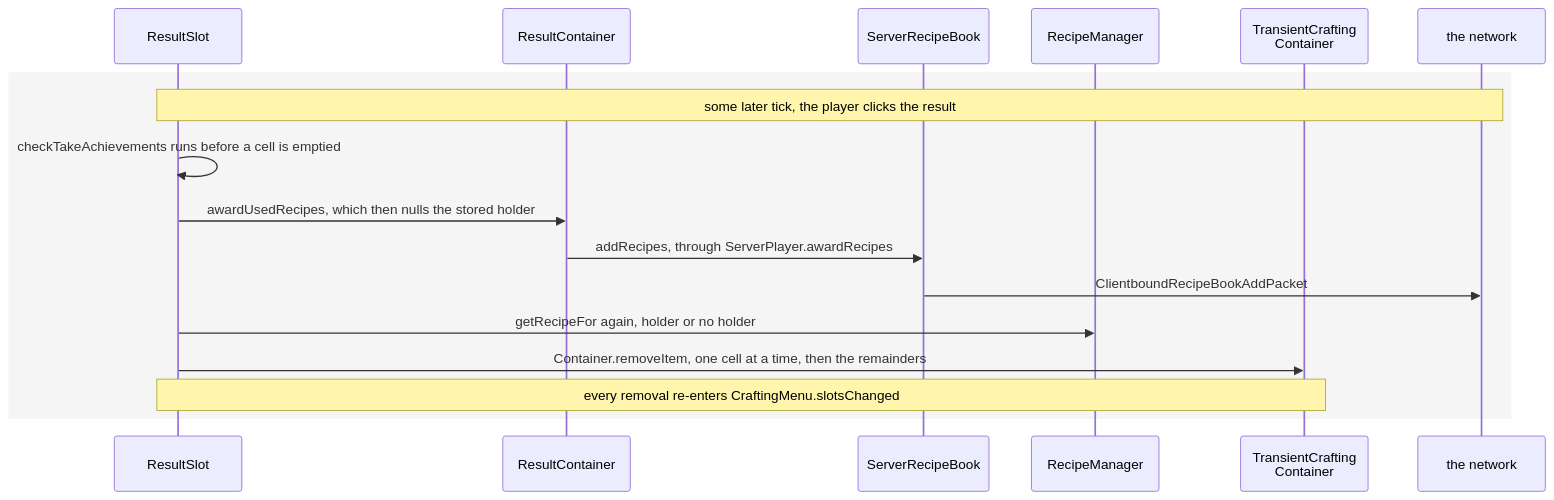
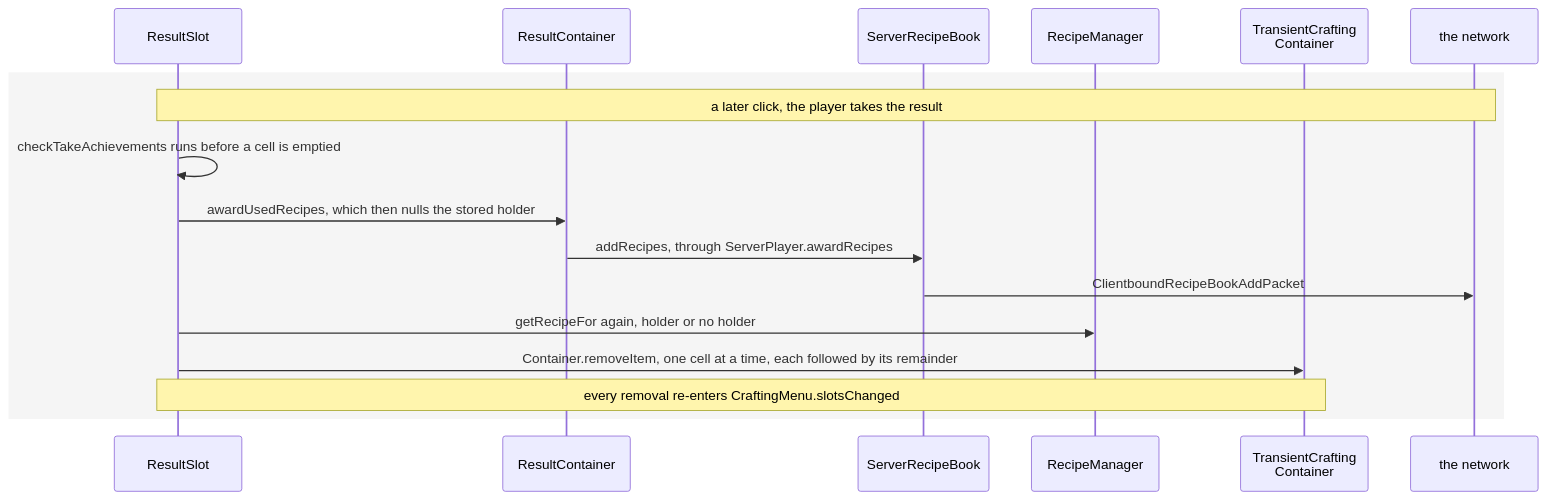
The third of 3 diagrams in src/systems/items/recipes.md (AlexanderjFraser/MinecraftDocs), drawn with Mermaid before and after one commit. The commit also changed other lines of this file and 17 other files, not shown here.

````diff
--- a/src/systems/items/recipes.md
+++ b/src/systems/items/recipes.md
@@ -174,20 +168,20 @@
 ```mermaid
 sequenceDiagram
     participant ResultS as ResultSlot
     participant ResultC as ResultContainer
     participant SRB as ServerRecipeBook
     participant RM as RecipeManager
     participant TCC as TransientCrafting<br/>Container
     participant Wire as the network
 
     rect rgba(0, 0, 0, 0.04)
-        Note over ResultS,Wire: some later tick, the player clicks the result
+        Note over ResultS,Wire: a later click, the player takes the result
         ResultS->>ResultS: checkTakeAchievements runs before a cell is emptied
         ResultS->>ResultC: awardUsedRecipes, which then nulls the stored holder
         ResultC->>SRB: addRecipes, through ServerPlayer.awardRecipes
         SRB->>Wire: ClientboundRecipeBookAddPacket
         ResultS->>RM: getRecipeFor again, holder or no holder
-        ResultS->>TCC: Container.removeItem, one cell at a time, then the remainders
+        ResultS->>TCC: Container.removeItem, one cell at a time, each followed by its remainder
         Note over ResultS,TCC: every removal re-enters CraftingMenu.slotsChanged
     end
 ```
````
